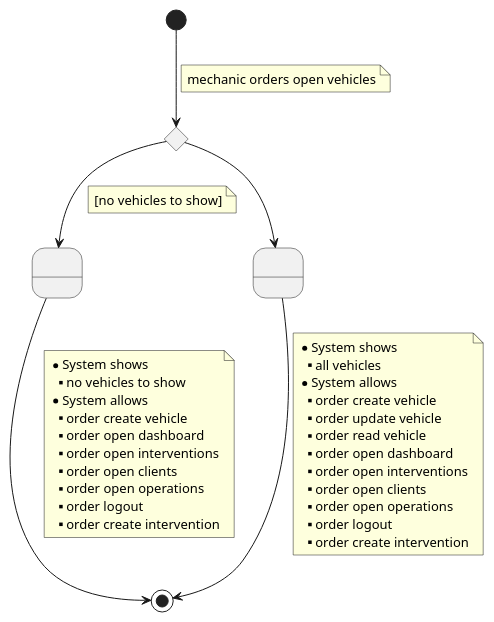
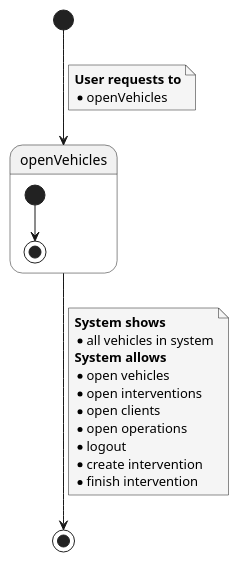
One commit to Ruskab/agrimManager changed the diagram in documentation/1requiremets/usecases_specification/puml/openVehicles.puml. Above: the diagram before and after it, drawn with PlantUML. The commit also changed 4 other files, not shown here.

```diff
--- a/documentation/1requiremets/usecases_specification/puml/openVehicles.puml
+++ b/documentation/1requiremets/usecases_specification/puml/openVehicles.puml
@@ -1,49 +1,33 @@
 @startuml
+skinparam {
+        NoteBackgroundColor #whiteSmoke
+}
 
-state 1 <<choice>>
-state 2 as " "
-state 4 as " "
-
-[*] --> 1
+[*] --> openVehicles
 note on link
-    mechanic orders open vehicles
+<b>User requests to</b>
+* openVehicles
 end note
 
-1 --> 2
+state openVehicles {
+
+[*] --> [*]
+
+
+}
+
+openVehicles --> [*]
 note on link
-    [no vehicles to show]
-end note
-
-1 --> 4
-
-4 --> [*]
-note on link
-    * System shows
-    ** all vehicles
-    * System allows
-    ** order create vehicle
-    ** order update vehicle
-    ** order read vehicle
-    ** order open dashboard
-    ** order open interventions
-    ** order open clients
-    ** order open operations
-    ** order logout
-    ** order create intervention
-end note
-
-2 --> [*]
-note on link
-    * System shows
-    ** no vehicles to show
-    * System allows
-    ** order create vehicle
-    ** order open dashboard
-    ** order open interventions
-    ** order open clients
-    ** order open operations
-    ** order logout
-    ** order create intervention
+<b>System shows
+* all vehicles in system
+<b>System allows
+* open vehicles
+* open interventions
+* open clients
+* open operations
+* logout
+* create intervention
+* finish intervention
 end note
 
 @enduml
```
